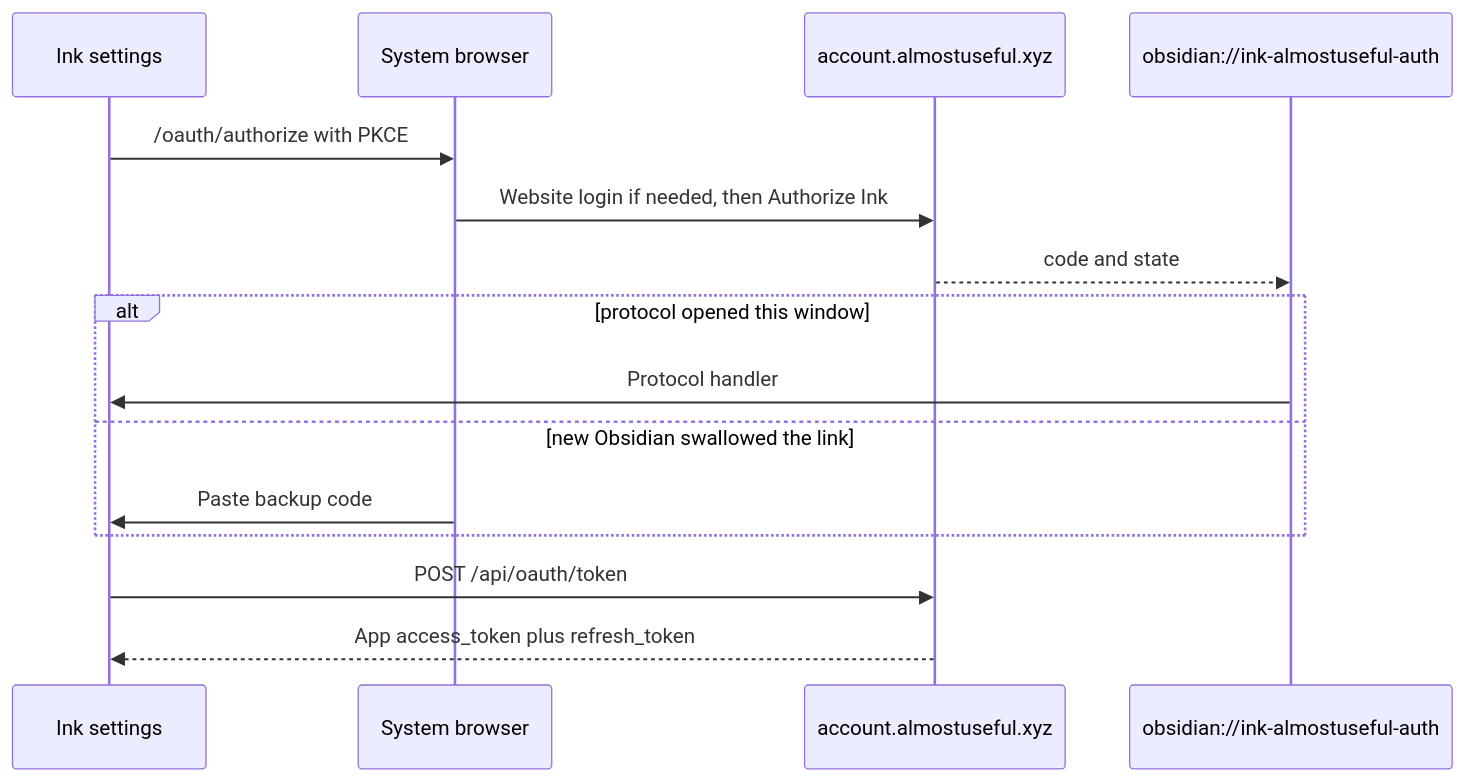
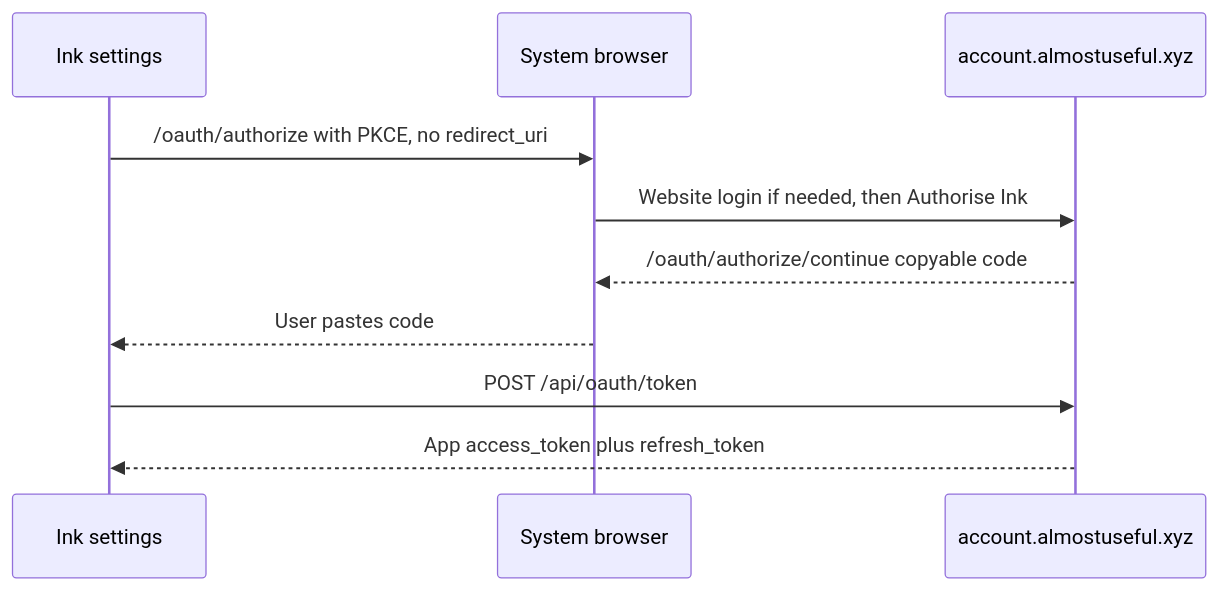
Before and after one commit to daledesilva/obsidian_ink: the first of 2 diagrams in docs/almostuseful-account.md, drawn with Mermaid. The commit also changed other lines of this file and 9 other files, not shown here.

Commit message:
updated: Switched Ink Almost Useful login to portal OOB copy-paste PKCE and removed the obsidian protocol handoff. Added authorize URL helpers, paste-primary settings copy, and live/unit tests so tokens exchange over HTTPS without redirect_uri.

````diff
--- a/docs/almostuseful-account.md
+++ b/docs/almostuseful-account.md
@@ -17,17 +17,12 @@
 ```mermaid
 sequenceDiagram
   participant Settings as Ink settings
   participant Browser as System browser
   participant Portal as account.almostuseful.xyz
-  participant Obs as obsidian://ink-almostuseful-auth
-  Settings->>Browser: /oauth/authorize with PKCE
-  Browser->>Portal: Website login if needed, then Authorize Ink
-  Portal-->>Obs: code and state
-  alt protocol opened this window
-    Obs->>Settings: Protocol handler
-  else new Obsidian swallowed the link
-    Browser->>Settings: Paste backup code
-  end
+  Settings->>Browser: /oauth/authorize with PKCE, no redirect_uri
+  Browser->>Portal: Website login if needed, then Authorise Ink
+  Portal-->>Browser: /oauth/authorize/continue copyable code
+  Browser-->>Settings: User pastes code
   Settings->>Portal: POST /api/oauth/token
   Portal-->>Settings: App access_token plus refresh_token
 ```
````
